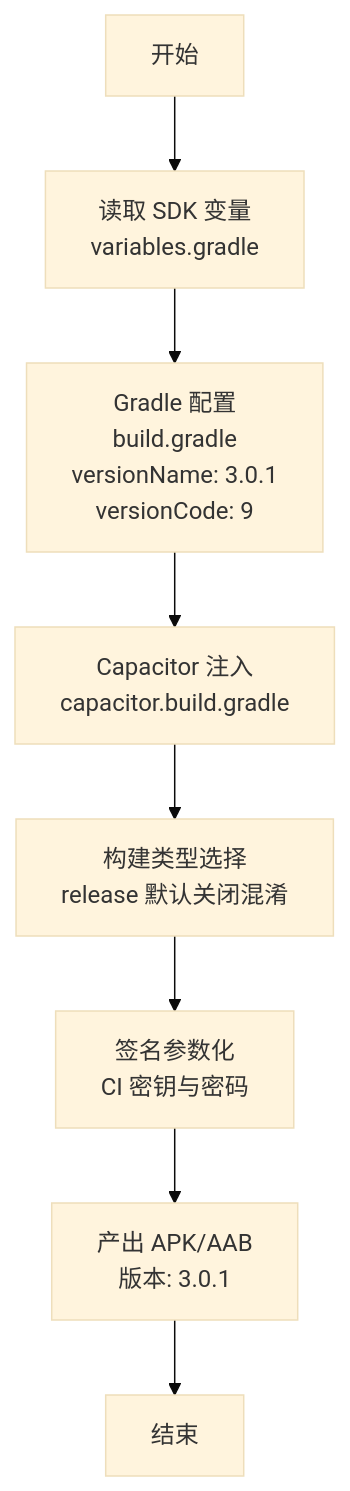
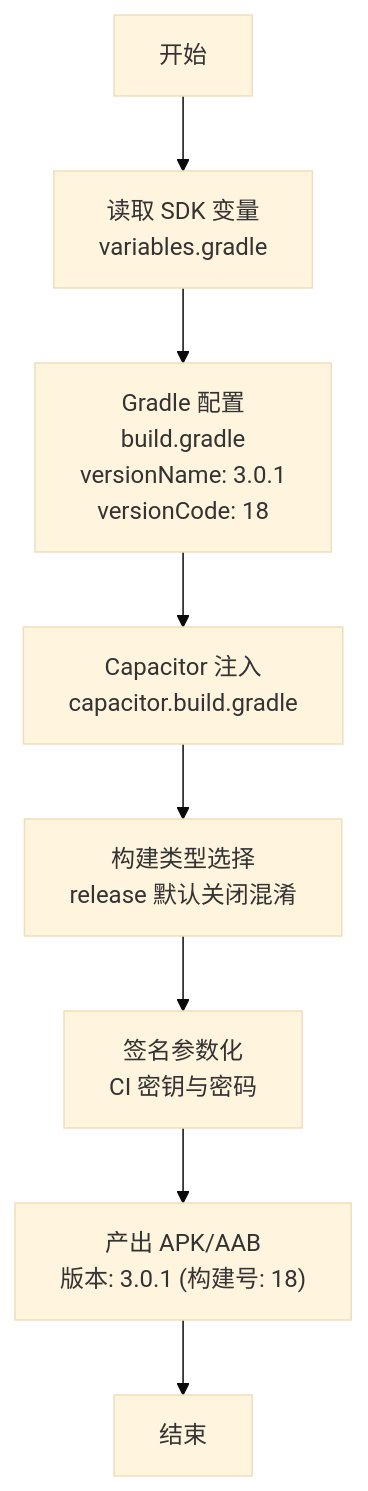
One commit to tea4go/Macro-Deck-Client-App changed the third of 9 diagrams in .qoder/repowiki/zh/content/构建与部署/平台部署/平台部署.md. Above: the diagram before and after it, drawn with Mermaid (base theme). The commit also changed other lines of this file and 50 other files, not shown here.

````diff
--- a/.qoder/repowiki/zh/content/构建与部署/平台部署/平台部署.md
+++ b/.qoder/repowiki/zh/content/构建与部署/平台部署/平台部署.md
@@ -175,10 +142,10 @@
 ```mermaid
 flowchart TD
 S["开始"] --> V["读取 SDK 变量<br/>variables.gradle"]
-V --> G["Gradle 配置<br/>build.gradle<br/>versionName: 3.0.1<br/>versionCode: 9"]
+V --> G["Gradle 配置<br/>build.gradle<br/>versionName: 3.0.1<br/>versionCode: 18"]
 G --> C["Capacitor 注入<br/>capacitor.build.gradle"]
 C --> T["构建类型选择<br/>release 默认关闭混淆"]
 T --> K["签名参数化<br/>CI 密钥与密码"]
-K --> O["产出 APK/AAB<br/>版本: 3.0.1"]
+K --> O["产出 APK/AAB<br/>版本: 3.0.1 (构建号: 18)"]
 O --> E["结束"]
 ```
````
